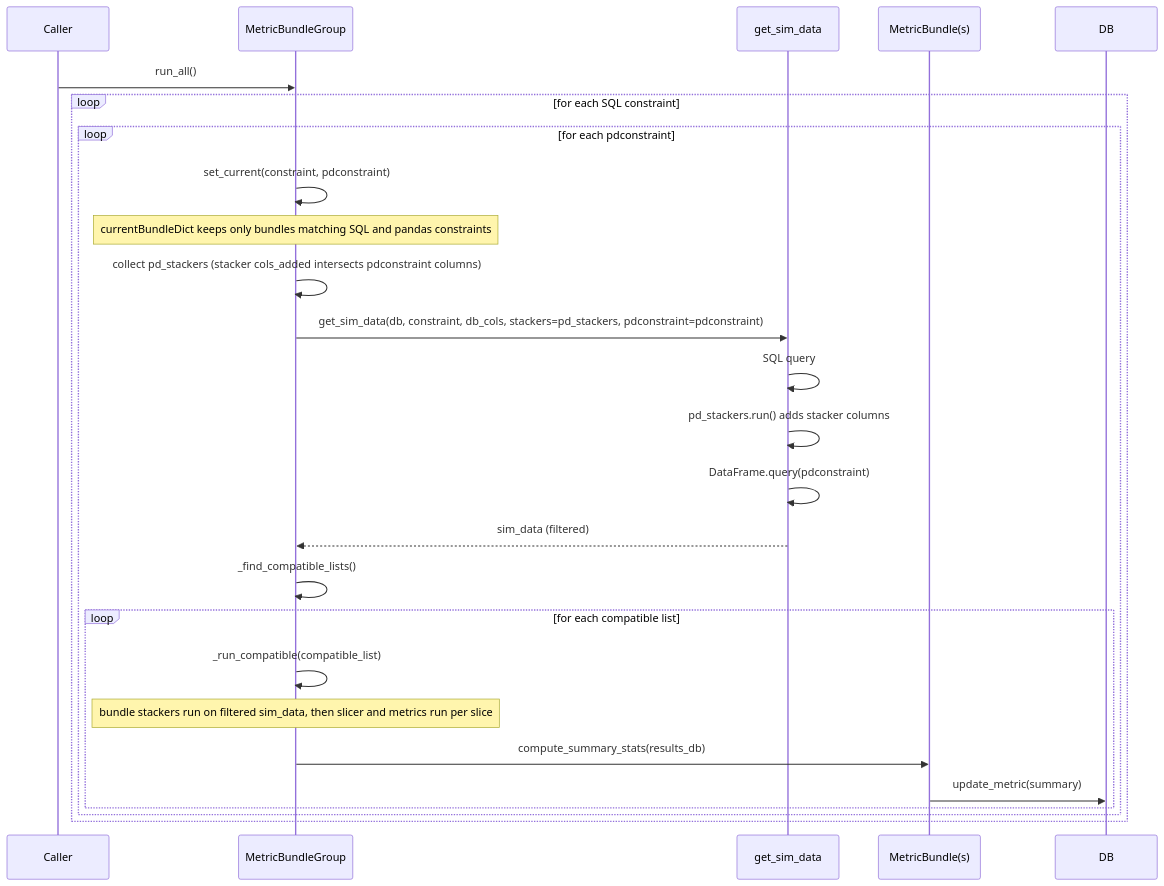
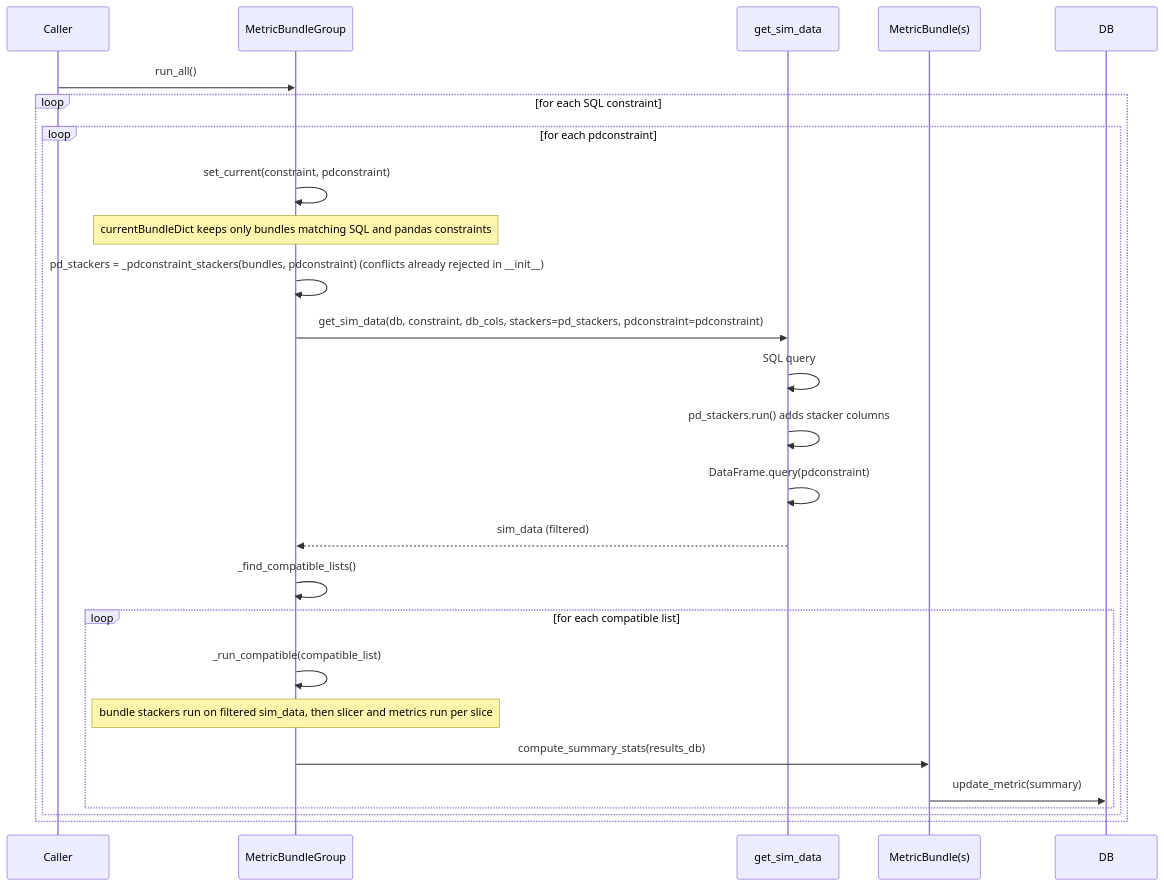
One commit to jeremykubica/rubin_sim changed the third of 3 diagrams in docs/issues/SP-3142.md. Above: the diagram before and after it, drawn with Mermaid. The commit also changed other lines of this file and 6 other files, not shown here.

First line of the commit message:
Drop support for pdconstraints on stacker-generated columns and minor fixes

````diff
--- a/docs/issues/SP-3142.md
+++ b/docs/issues/SP-3142.md
@@ -608,28 +610,28 @@
 ```mermaid
 sequenceDiagram
     participant C as Caller
     participant G as MetricBundleGroup
     participant GS as get_sim_data
     participant B as MetricBundle(s)
 
     C->>G: run_all()
     loop for each SQL constraint
         loop for each pdconstraint
             G->>G: set_current(constraint, pdconstraint)
             Note over G: currentBundleDict keeps only bundles matching SQL and pandas constraints
-            G->>G: collect pd_stackers (stacker cols_added intersects pdconstraint columns)
+            G->>G: pd_stackers = _pdconstraint_stackers(bundles, pdconstraint) (conflicts already rejected in __init__)
             G->>GS: get_sim_data(db, constraint, db_cols, stackers=pd_stackers, pdconstraint=pdconstraint)
             GS->>GS: SQL query
             GS->>GS: pd_stackers.run() adds stacker columns
             GS->>GS: DataFrame.query(pdconstraint)
             GS-->>G: sim_data (filtered)
             G->>G: _find_compatible_lists()
             loop for each compatible list
                 G->>G: _run_compatible(compatible_list)
                 Note over G: bundle stackers run on filtered sim_data, then slicer and metrics run per slice
                 G->>B: compute_summary_stats(results_db)
                 B->>DB: update_metric(summary)
             end
         end
     end
 ```
````
